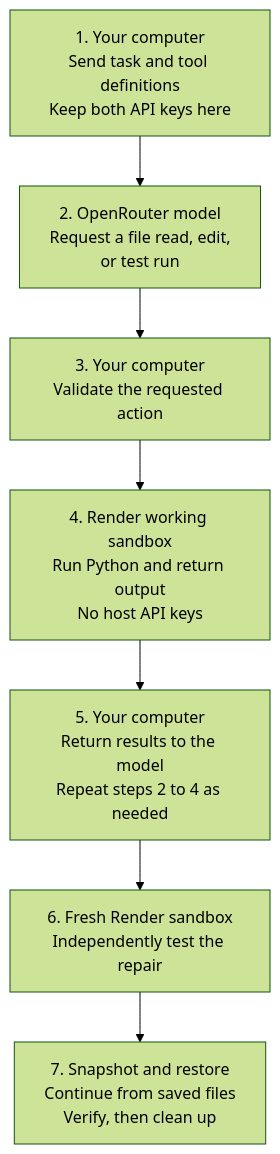
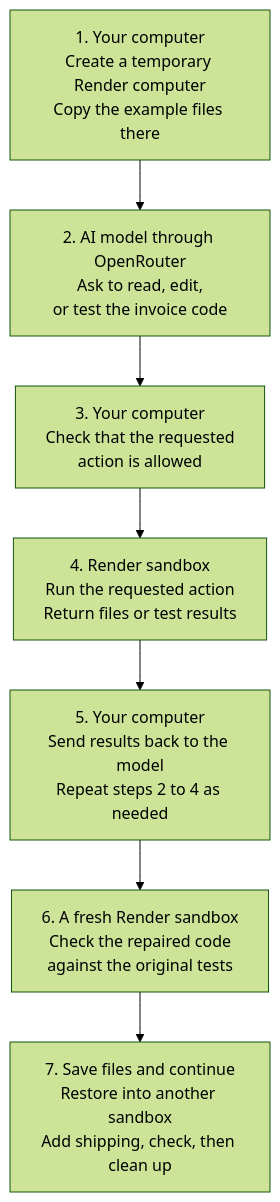
The diagram in docs/architecture.mmd (ojusave/openrouter-sandboxes), drawn with Mermaid (forest theme) before and after one commit. The commit also changed 3 other files, not shown here.

Commit message:
Explain sandboxes and the example flow for beginners

```diff
--- a/docs/architecture.mmd
+++ b/docs/architecture.mmd
@@ -1,9 +1,9 @@
 flowchart TB
-    A[1. Your computer<br/>Send task and tool definitions<br/>Keep both API keys here]
-    B[2. OpenRouter model<br/>Request a file read, edit,<br/>or test run]
-    C[3. Your computer<br/>Validate the requested action]
-    D[4. Render working sandbox<br/>Run Python and return output<br/>No host API keys]
-    E[5. Your computer<br/>Return results to the model<br/>Repeat steps 2 to 4 as needed]
-    F[6. Fresh Render sandbox<br/>Independently test the repair]
-    G[7. Snapshot and restore<br/>Continue from saved files<br/>Verify, then clean up]
+    A["1. Your computer<br/>Create a temporary Render computer<br/>Copy the example files there"]
+    B["2. AI model through OpenRouter<br/>Ask to read, edit,<br/>or test the invoice code"]
+    C["3. Your computer<br/>Check that the requested<br/>action is allowed"]
+    D["4. Render sandbox<br/>Run the requested action<br/>Return files or test results"]
+    E["5. Your computer<br/>Send results back to the model<br/>Repeat steps 2 to 4 as needed"]
+    F["6. A fresh Render sandbox<br/>Check the repaired code<br/>against the original tests"]
+    G["7. Save files and continue<br/>Restore into another sandbox<br/>Add shipping, check, then clean up"]
     A --> B --> C --> D --> E --> F --> G
```
